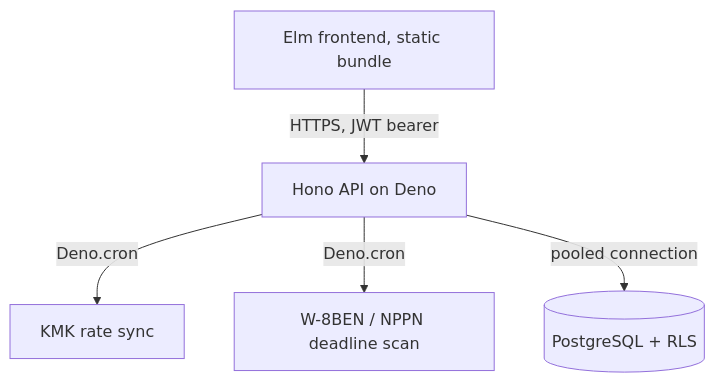
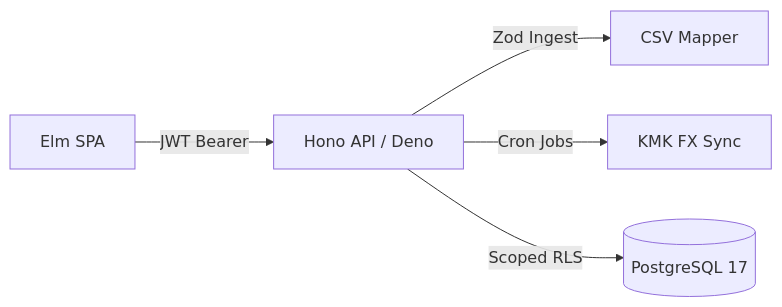
The diagram in README.md (gulfaniputra/remote-rupiah), drawn with Mermaid before and after one commit. The commit also changed other lines of this file, not shown here.

````diff
--- a/README.md
+++ b/README.md
@@ -97,7 +62,8 @@
 ```mermaid
-graph TD
-    Client[Elm frontend, static bundle] -->|HTTPS, JWT bearer| Edge[Hono API on Deno]
-    Edge -->|Deno.cron| KMK[KMK rate sync]
-    Edge -->|Deno.cron| Compliance[W-8BEN / NPPN deadline scan]
-    Edge -->|pooled connection| DB[(PostgreSQL + RLS)]
+graph LR
+    Elm[Elm SPA] -->|JWT Bearer| Hono[Hono API / Deno]
+    Hono -->|Zod Ingest| Pipeline[CSV Mapper]
+    Hono -->|Cron Jobs| KMK[KMK FX Sync]
+    Hono -->|Scoped RLS| Postgres[(PostgreSQL 17)]
+
 ```
````
